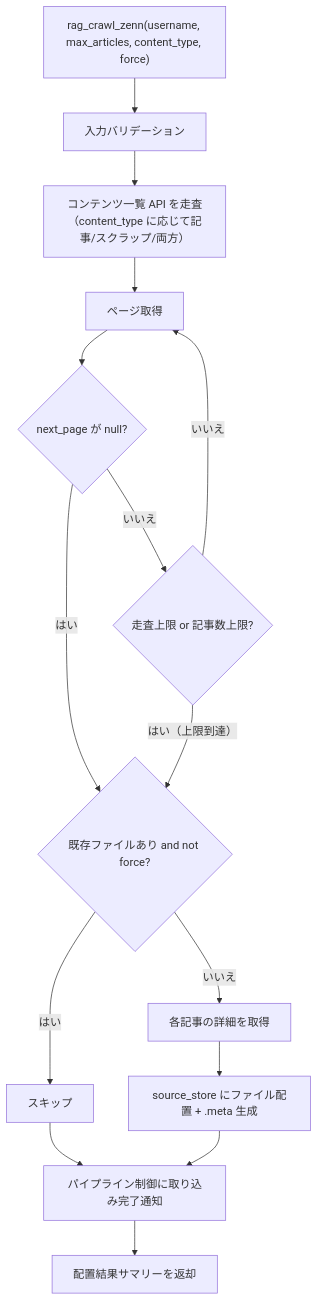
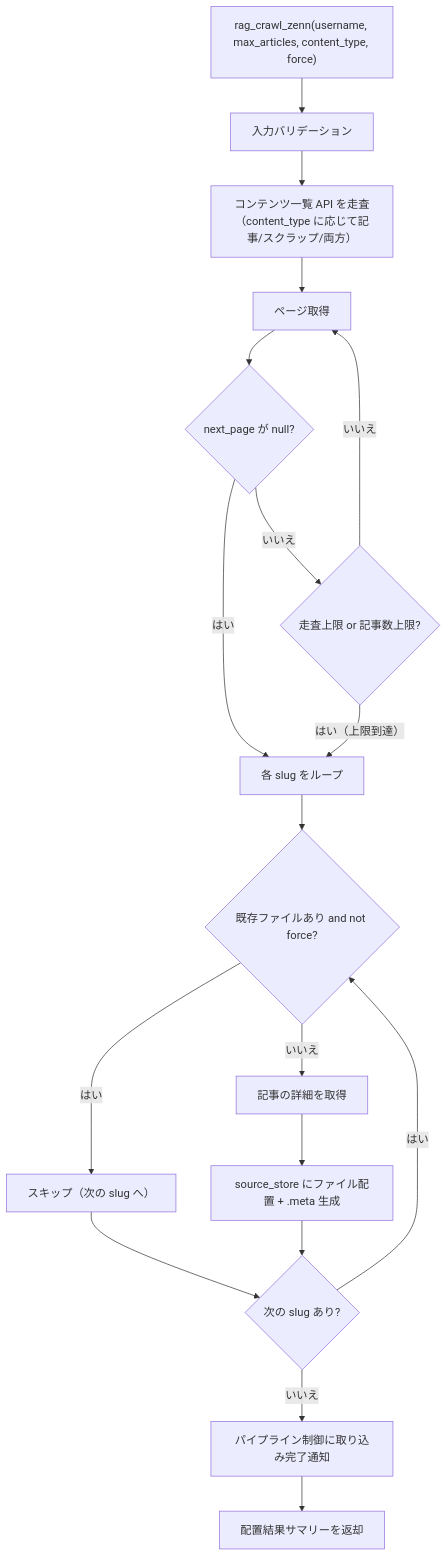
One commit to becky3/rag-knowledge changed the diagram in docs/specs/ingesters/zenn.md. Above: the diagram before and after it, drawn with Mermaid. The commit also changed 2 other files, not shown here.

Commit message:
fix: Copilot レビュー指摘対応 (PR #389)
- スキップメッセージを断定しない文面に変更（CLI/MCP 共通）
- フローチャートをループ構造に修正（NOTIFY が1回だけ実行される構造）

````diff
--- a/docs/specs/ingesters/zenn.md
+++ b/docs/specs/ingesters/zenn.md
@@ -235,30 +235,35 @@
 ```mermaid
 flowchart TD
     START["rag_crawl_zenn(username, max_articles, content_type, force)"]
     VALIDATE["入力バリデーション"]
     DISCOVER["コンテンツ一覧 API を走査（content_type に応じて記事/スクラップ/両方）"]
     PAGE["ページ取得"]
     CHECK_NEXT{"next_page が null?"}
     CHECK_LIMIT{"走査上限 or 記事数上限?"}
+    LOOP["各 slug をループ"]
     CHECK_EXIST{"既存ファイルあり and not force?"}
-    SKIP["スキップ"]
-    FETCH["各記事の詳細を取得"]
+    SKIP["スキップ（次の slug へ）"]
+    FETCH["記事の詳細を取得"]
     PLACE["source_store にファイル配置 + .meta 生成"]
+    LOOP_END{"次の slug あり?"}
     NOTIFY["パイプライン制御に取り込み完了通知"]
     RESULT["配置結果サマリーを返却"]
 
     START --> VALIDATE
     VALIDATE --> DISCOVER
     DISCOVER --> PAGE
     PAGE --> CHECK_NEXT
-    CHECK_NEXT -->|"はい"| CHECK_EXIST
+    CHECK_NEXT -->|"はい"| LOOP
     CHECK_NEXT -->|"いいえ"| CHECK_LIMIT
-    CHECK_LIMIT -->|"はい（上限到達）"| CHECK_EXIST
+    CHECK_LIMIT -->|"はい（上限到達）"| LOOP
     CHECK_LIMIT -->|"いいえ"| PAGE
+    LOOP --> CHECK_EXIST
     CHECK_EXIST -->|"はい"| SKIP
     CHECK_EXIST -->|"いいえ"| FETCH
     FETCH --> PLACE
-    SKIP --> NOTIFY
-    PLACE --> NOTIFY
+    SKIP --> LOOP_END
+    PLACE --> LOOP_END
+    LOOP_END -->|"はい"| CHECK_EXIST
+    LOOP_END -->|"いいえ"| NOTIFY
     NOTIFY --> RESULT
 ```
````
